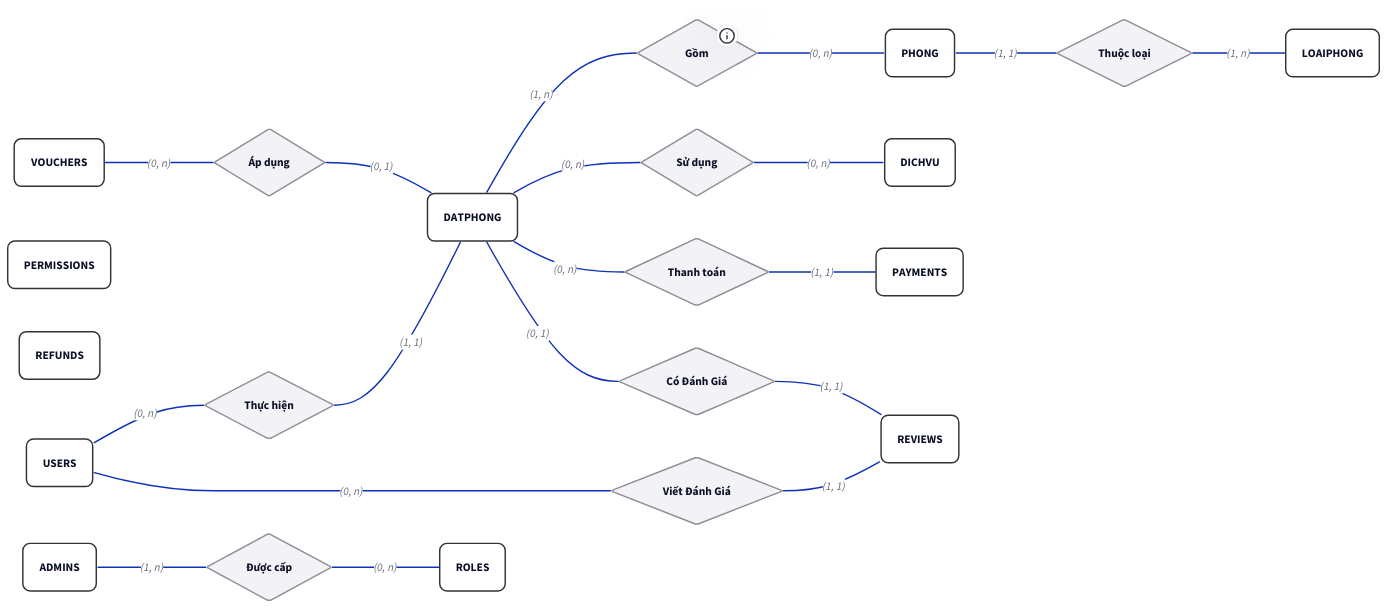
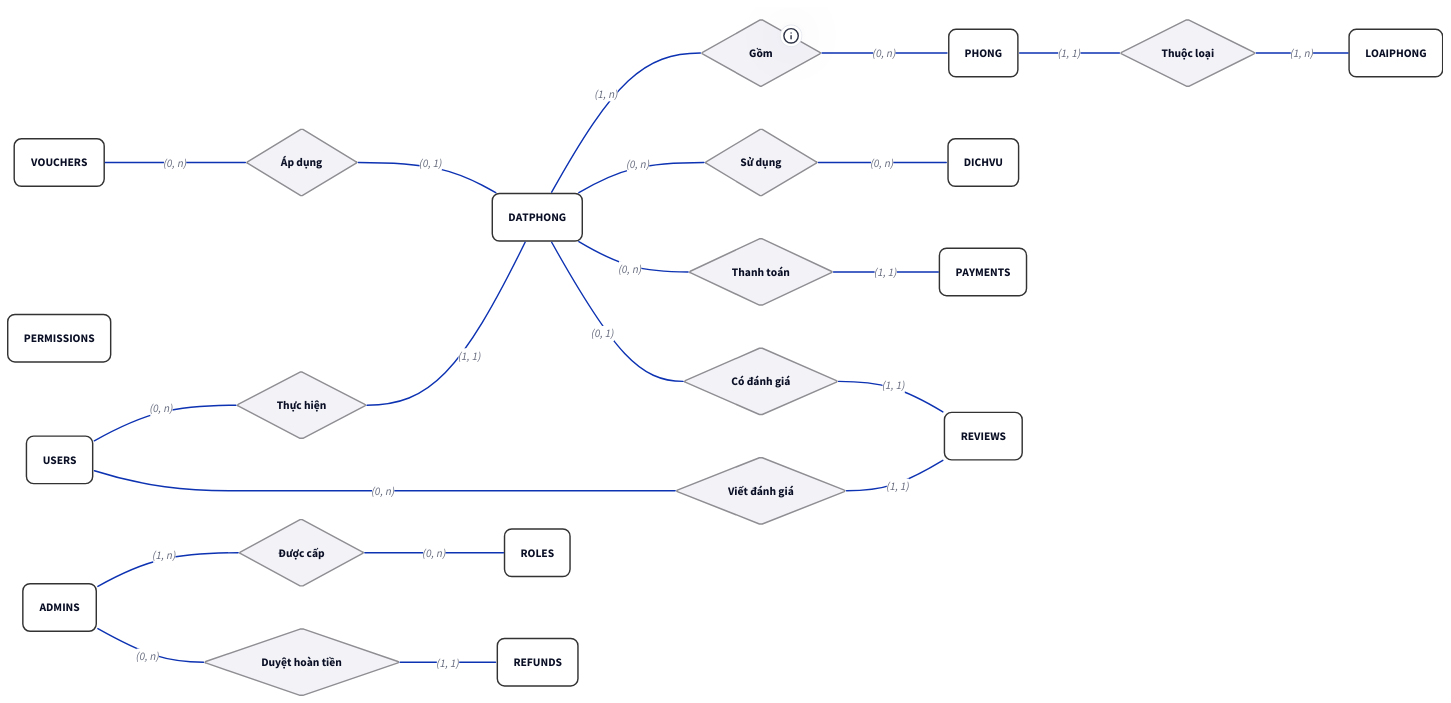
Before and after one commit to sam-uit/ie103-project-report: the diagram in baocao/content/diagrams/ER.d2, drawn with D2.

```diff
--- a/baocao/content/diagrams/ER.d2
+++ b/baocao/content/diagrams/ER.d2
@@ -1,93 +1,97 @@
 direction: right
 
 # --- 0. STYLES ---
 style: {
   opacity: 0.0
   fill: transparent
 }
 
 # --- 1. SETTINGS ---
 classes: {
   entity: {
     shape: rectangle
     style: {border-radius: 10; fill: "#FFFFFF"; stroke: "#333333"}
   }
   rel: {
     shape: diamond
     style: {fill: "#F2F2F7"; stroke: "#8E8E93"}
   }
   attr: {
     shape: oval
     # width: 100; height: 50
     style: {fill: "#F0F8FF"; stroke: "#4682B4"; stroke-dash: 3}
   }
 }
 
 # --- 2. ENTITIES ---
 ADMINS: {class: entity}
 DATPHONG: {class: entity}
 DICHVU: {class: entity}
 LOAIPHONG: {class: entity}
 PAYMENTS: {class: entity}
 PERMISSIONS: {class: entity}
 PHONG: {class: entity}
 REFUNDS: {class: entity}
 REVIEWS: {class: entity}
 ROLES: {class: entity}
 USERS: {class: entity}
 VOUCHERS: {class: entity}
 
 # --- 3. RELATIONSHIPS (Sửa lại theo (min, max)) ---
 
 # -- Nhóm Admin --
 # Admin có ít nhất 1 role, Role có thể chưa gán cho admin nào
 phan_quyen: {class: rel; label: "Được cấp"}
 ADMINS -- phan_quyen: "(1, n)"
 phan_quyen -- ROLES: "(0, n)"
 
 # -- Nhóm User & Booking --
 # User có thể chưa đặt phòng nào (0,n). Một đơn đặt phòng phải thuộc về 1 user (1,1)
 thuc_hien: {class: rel; label: "Thực hiện"}
 USERS -- thuc_hien: "(0, n)"
 thuc_hien -- DATPHONG: "(1, 1)"
 
 # -- Nhóm Booking & Room (QUAN TRỌNG: CHUYỂN CT_DATPHONG THÀNH QUAN HỆ) --
 # Một đơn đặt phòng có ít nhất 1 phòng. Một phòng có thể nằm trong nhiều đơn (theo thời gian)
 chi_tiet_dat: {
     class: rel
     label: "Gồm"
     # Thuộc tính của mối quan hệ N-N nằm ở đây
     tooltip: "Chứa giá tiền tại thời điểm đặt"
 }
 DATPHONG -- chi_tiet_dat: "(1, n)"
 chi_tiet_dat -- PHONG: "(0, n)"
 
 # -- Nhóm Room & Type --
 thuoc_loai: {class: rel; label: "Thuộc loại"}
 PHONG -- thuoc_loai: "(1, 1)"
 thuoc_loai -- LOAIPHONG: "(1, n)" # 1 loại phòng có nhiều phòng
 
 # -- Nhóm Booking & Voucher --
 ap_dung: {class: rel; label: "Áp dụng"}
 VOUCHERS -- ap_dung: "(0, n)"
 ap_dung -- DATPHONG: "(0, 1)" # 1 đơn chỉ áp dụng tối đa 1 voucher
 
 # -- Nhóm Booking & Service (Tương tự CT_DATPHONG, xử lý N-N) --
 su_dung: {class: rel; label: "Sử dụng"}
 DATPHONG -- su_dung: "(0, n)"
 su_dung -- DICHVU: "(0, n)"
 
 # -- Nhóm Payment --
 thanh_toan: {class: rel; label: "Thanh toán"}
 DATPHONG -- thanh_toan: "(0, n)" # 1 đơn có thể chia nhiều lần thanh toán (trả góp/cọc)
 thanh_toan -- PAYMENTS: "(1, 1)" # 1 giao dịch thuộc về 1 đơn
 
 # -- Nhóm Reviews (1-1 Relationship) --
 # 1 Đơn chỉ có tối đa 1 review. 1 Review thuộc về đúng 1 đơn.
-danh_gia: {class: rel; label: "Có Đánh Giá"}
+danh_gia: {class: rel; label: "Có đánh giá"}
 DATPHONG -- danh_gia: "(0, 1)"
 danh_gia -- REVIEWS: "(1, 1)"
 
-viet_danh_gia: {class: rel; label: "Viết Đánh Giá"}
+viet_danh_gia: {class: rel; label: "Viết đánh giá"}
 USERS -- viet_danh_gia: "(0, n)"
 viet_danh_gia -- REVIEWS: "(1, 1)"
+
+admin_duyet_refunds: {class: rel; label: "Duyệt hoàn tiền"}
+ADMINS -- admin_duyet_refunds: "(0, n)"
+admin_duyet_refunds -- REFUNDS: "(1, 1)"
```
